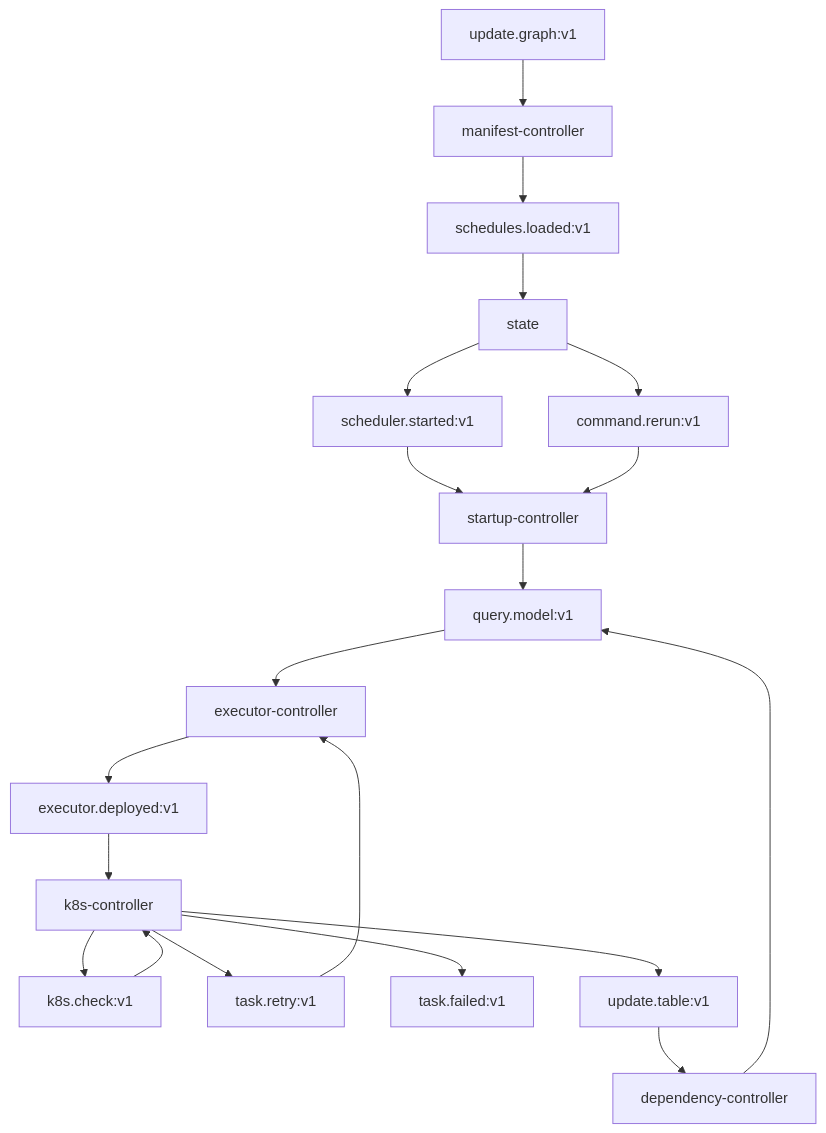
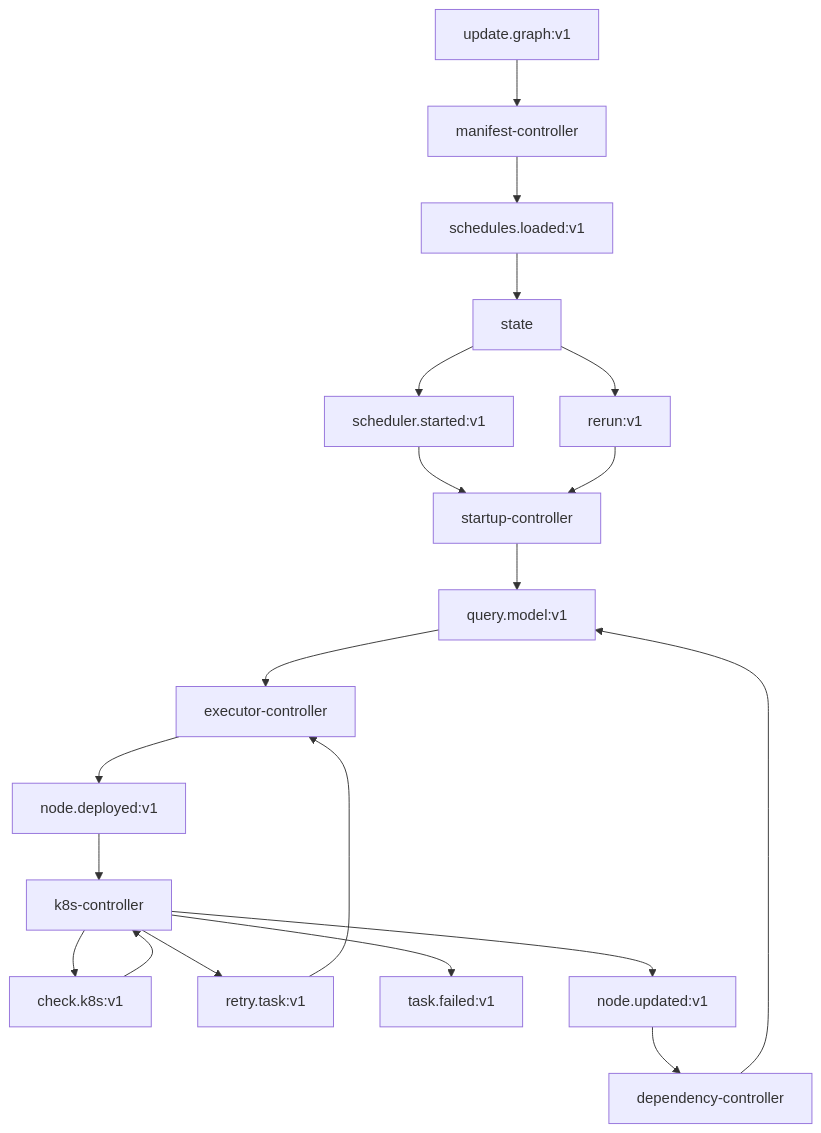
The second of 2 diagrams in docs/arch/01-topology.md (carolsimone/continuo), drawn with Mermaid before and after one commit. The commit also changed 39 other files, not shown here.

````diff
--- a/docs/arch/01-topology.md
+++ b/docs/arch/01-topology.md
@@ -63,40 +63,40 @@
 ```mermaid
 flowchart TD
   UG[update.graph:v1]
   SL[schedules.loaded:v1]
   SS[scheduler.started:v1]
-  CR[command.rerun:v1]
+  CR[rerun:v1]
   QM[query.model:v1]
-  ED[executor.deployed:v1]
-  KCV[k8s.check:v1]
-  TR[task.retry:v1]
+  ED[node.deployed:v1]
+  KCV[check.k8s:v1]
+  TR[retry.task:v1]
   TF[task.failed:v1]
-  UT[update.table:v1]
+  UT[node.updated:v1]
 
   UG --> MC[manifest-controller]
   MC --> SL
   SL --> ST[state]
 
   ST --> SS
   ST --> CR
 
   SS --> SC[startup-controller]
   CR --> SC
 
   SC --> QM
   DC[dependency-controller] --> QM
 
   QM --> EC[executor-controller]
   TR --> EC
 
   EC --> ED
   ED --> KC[k8s-controller]
 
   KC --> KCV
   KCV --> KC
   KC --> TR
   KC --> TF
   KC --> UT
 
   UT --> DC
 ```
````
